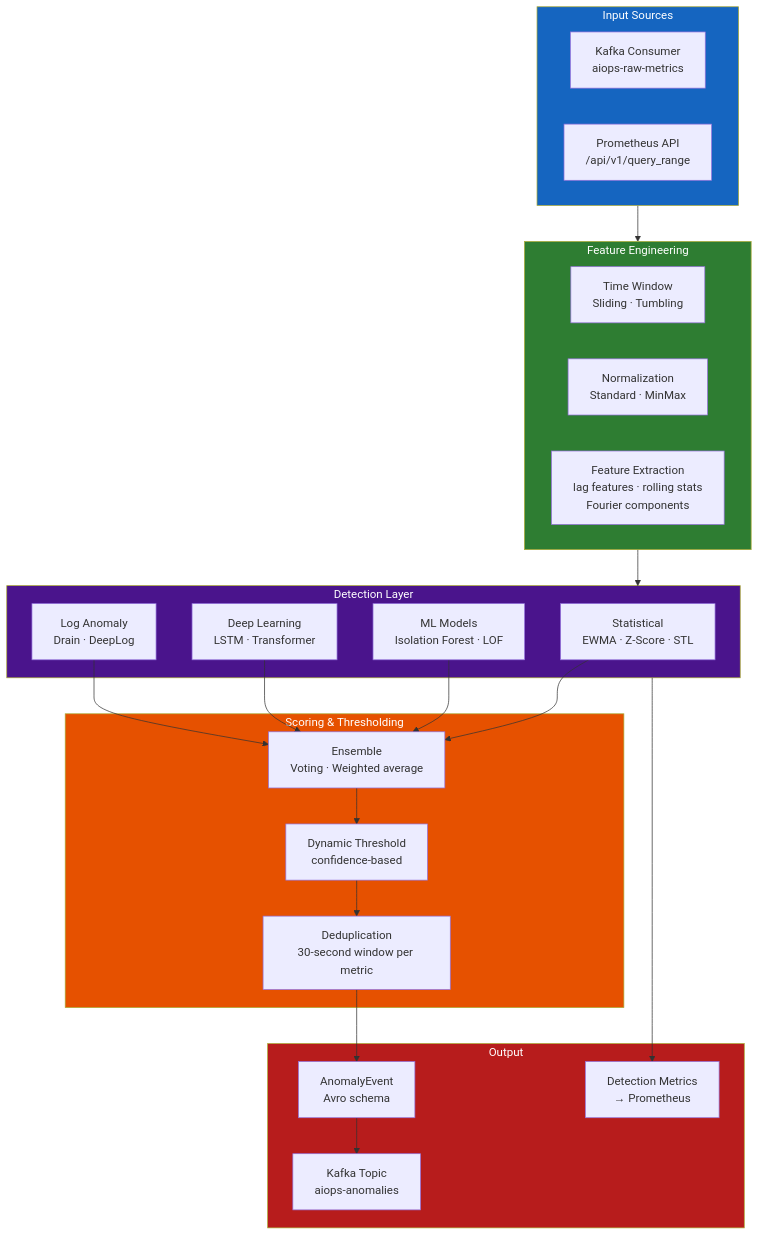
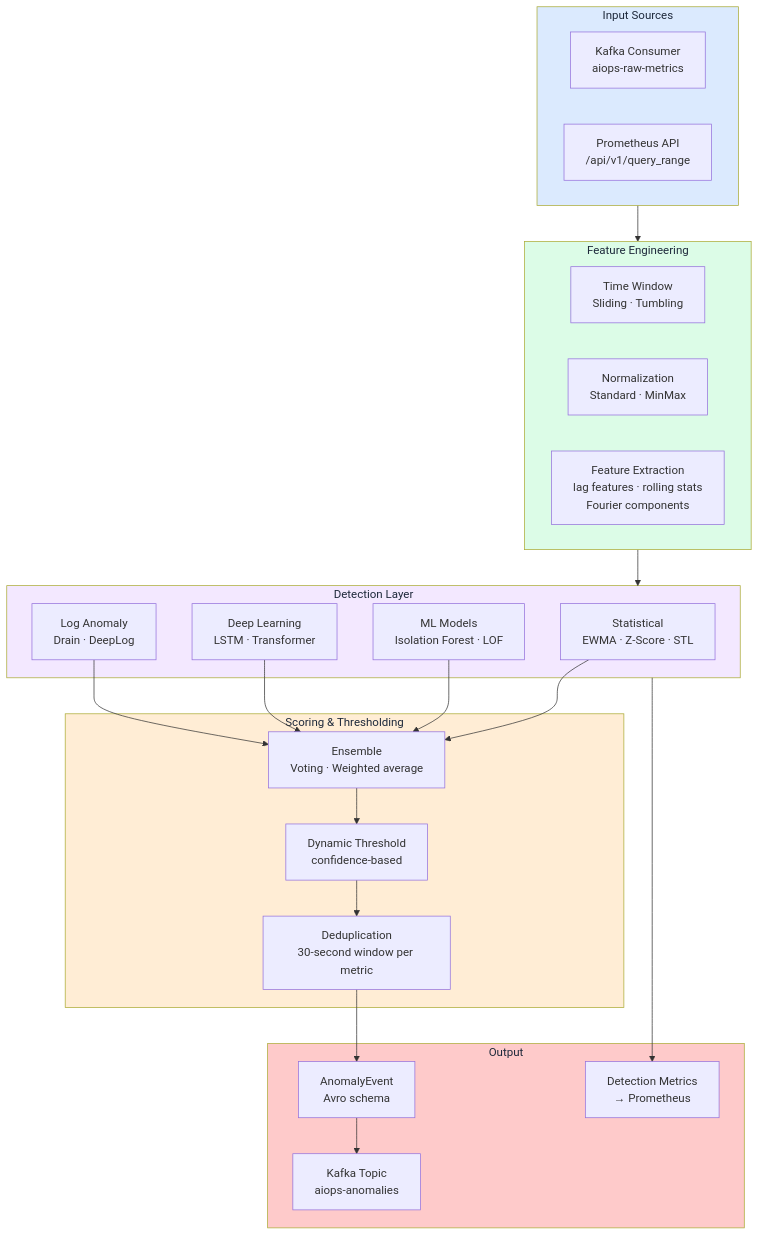
One commit to XUanhoa04/aiops-engineering-handbook changed the second of 8 diagrams in docs/vi/08-anomaly-detection/README.vi.md. Above: the diagram before and after it, drawn with Mermaid. The commit also changed other lines of this file and 39 other files, not shown here.

First line of the commit message:
docs: concept-first Ch.08-12, collapse code, soft Mermaid colors

````diff
--- a/docs/vi/08-anomaly-detection/README.vi.md
+++ b/docs/vi/08-anomaly-detection/README.vi.md
@@ -144,48 +163,48 @@
 ```mermaid
 flowchart TD
     subgraph Input["Input Sources"]
         KF[Kafka Consumer\naiops-raw-metrics]
         PROM[Prometheus API\n/api/v1/query_range]
     end
 
     subgraph FE["Feature Engineering"]
         WINDOW[Time Window\nSliding · Tumbling]
         NORM[Normalization\nStandard · MinMax]
         FEAT[Feature Extraction\nlag features · rolling stats\nFourier components]
     end
 
     subgraph Detect["Detection Layer"]
         STAT[Statistical\nEWMA · Z-Score · STL]
         ML[ML Models\nIsolation Forest · LOF]
         DL[Deep Learning\nLSTM · Transformer]
         LOG[Log Anomaly\nDrain · DeepLog]
     end
 
     subgraph Score["Scoring & Thresholding"]
         ENS[Ensemble\nVoting · Weighted average]
         THRESH[Dynamic Threshold\nconfidence-based]
         DEDUP[Deduplication\n30-second window per metric]
     end
 
     subgraph Output["Output"]
         EVT[AnomalyEvent\nAvro schema]
         KF2[Kafka Topic\naiops-anomalies]
         METRIC[Detection Metrics\n→ Prometheus]
     end
 
     Input --> FE
     FE --> Detect
     STAT --> ENS
     ML --> ENS
     DL --> ENS
     LOG --> ENS
     ENS --> THRESH --> DEDUP
     DEDUP --> EVT --> KF2
     Detect --> METRIC
 
-    style Input fill:#1565c0,color:#fff
-    style FE fill:#2e7d32,color:#fff
-    style Detect fill:#4a148c,color:#fff
-    style Score fill:#e65100,color:#fff
-    style Output fill:#b71c1c,color:#fff
+    style Input fill:#dbeafe,color:#1e293b
+    style FE fill:#dcfce7,color:#1e293b
+    style Detect fill:#f3e8ff,color:#1e293b
+    style Score fill:#ffedd5,color:#1e293b
+    style Output fill:#fecaca,color:#1e293b
 ```
````
